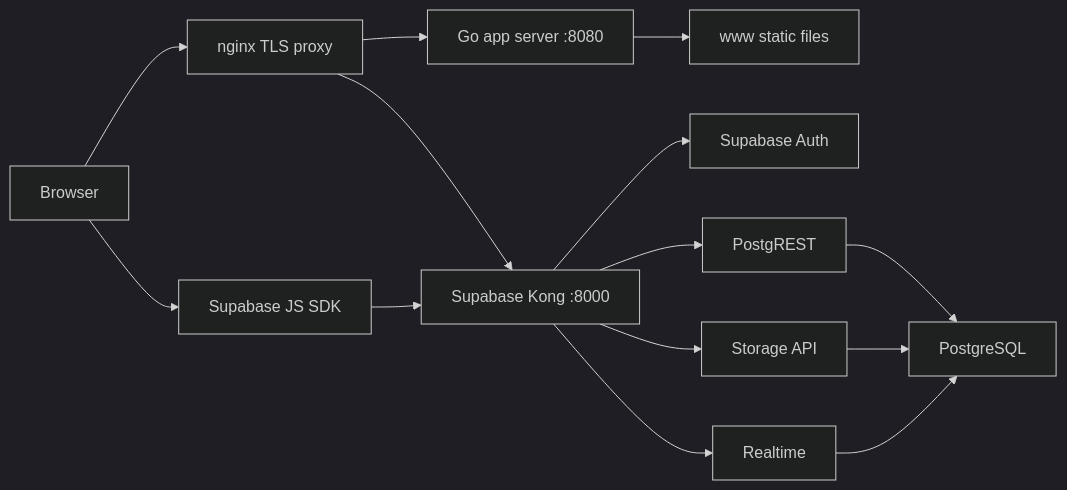
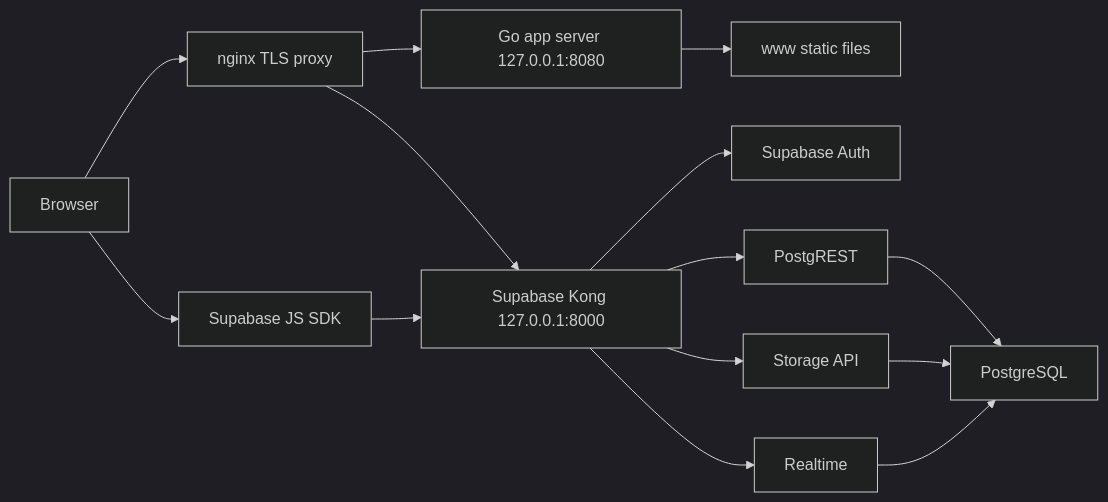
Before and after one commit to nich2000/all-my-gear: the diagram in docs/ARCHITECTURE.md, drawn with Mermaid (dark theme). The commit also changed other lines of this file and 12 other files, not shown here.

````diff
--- a/docs/ARCHITECTURE.md
+++ b/docs/ARCHITECTURE.md
@@ -5,16 +5,16 @@
 ```mermaid
 flowchart LR
   User["Browser"] --> Nginx["nginx TLS proxy"]
-  Nginx --> App["Go app server :8080"]
-  Nginx --> Kong["Supabase Kong :8000"]
+  Nginx --> App["Go app server 127.0.0.1:8080"]
+  Nginx --> Kong["Supabase Kong 127.0.0.1:8000"]
   App --> Static["www static files"]
   User --> SDK["Supabase JS SDK"]
   SDK --> Kong
   Kong --> Auth["Supabase Auth"]
   Kong --> Rest["PostgREST"]
   Kong --> Storage["Storage API"]
   Kong --> Realtime["Realtime"]
   Rest --> DB["PostgreSQL"]
   Storage --> DB
   Realtime --> DB
 ```
````
